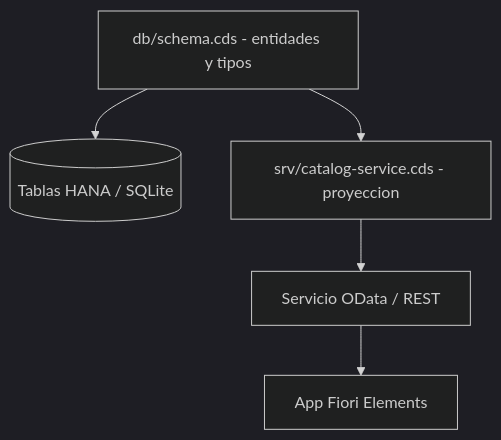
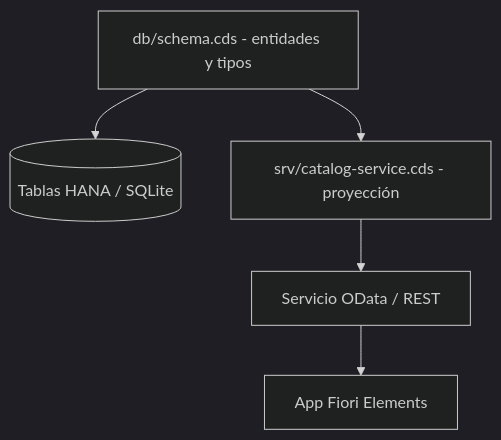
The diagram in es/cap-modelo-cds.mdx (logalitech/blog-content), drawn with Mermaid (dark theme) before and after one commit. The commit also changed other lines of this file and 49 other files, not shown here.

````diff
--- a/es/cap-modelo-cds.mdx
+++ b/es/cap-modelo-cds.mdx
@@ -22,7 +22,7 @@
 ```mermaid
 flowchart TD
   S["db/schema.cds - entidades y tipos"] --> D[("Tablas HANA / SQLite")]
-  S --> V["srv/catalog-service.cds - proyeccion"]
+  S --> V["srv/catalog-service.cds - proyección"]
   V --> O["Servicio OData / REST"]
   O --> A["App Fiori Elements"]
 ```
````
